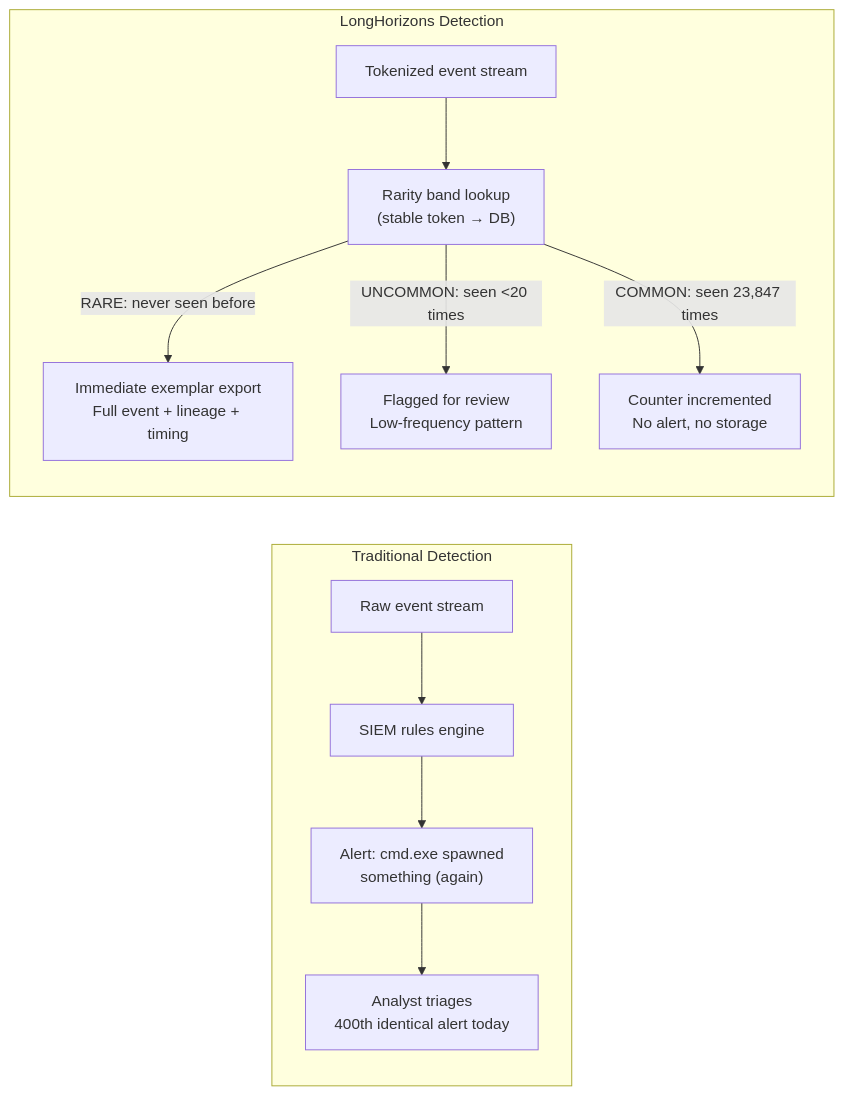
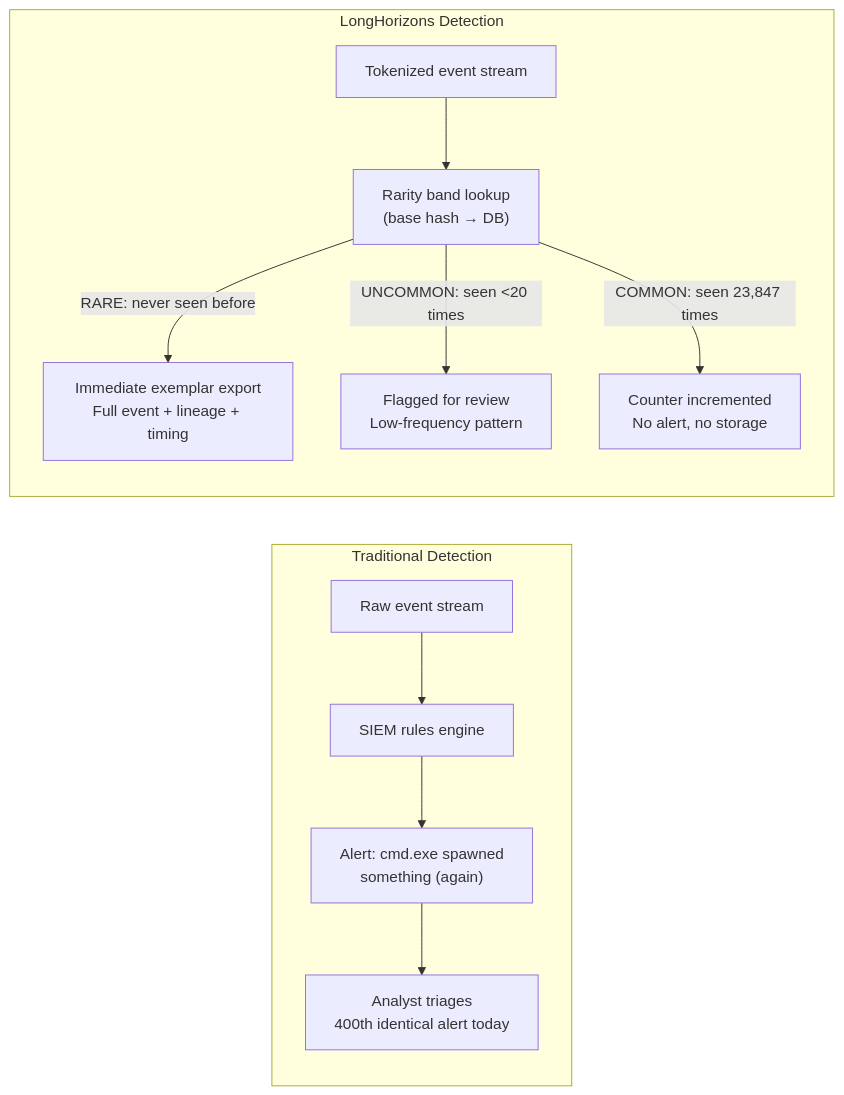
One commit to LongHorizons/WindOH changed the seventh of 8 diagrams in LongHorizons/README.md. Above: the diagram before and after it, drawn with Mermaid. The commit also changed other lines of this file and 7 other files, not shown here.

````diff
--- a/LongHorizons/README.md
+++ b/LongHorizons/README.md
@@ -183,15 +258,15 @@
 ```mermaid
 flowchart LR
     subgraph Traditional["Traditional Detection"]
         T1["Raw event stream"] --> T2["SIEM rules engine"]
         T2 --> T3["Alert: cmd.exe spawned\nsomething (again)"]
         T3 --> T4["Analyst triages\n400th identical alert today"]
     end
 
     subgraph LongHorizons["LongHorizons Detection"]
-        L1["Tokenized event stream"] --> L2["Rarity band lookup\n(stable token → DB)"]
+        L1["Tokenized event stream"] --> L2["Rarity band lookup\n(base hash → DB)"]
         L2 -->|"RARE: never seen before"| L3["Immediate exemplar export\nFull event + lineage + timing"]
         L2 -->|"UNCOMMON: seen <20 times"| L4["Flagged for review\nLow-frequency pattern"]
         L2 -->|"COMMON: seen 23,847 times"| L5["Counter incremented\nNo alert, no storage"]
     end
 ```
````
